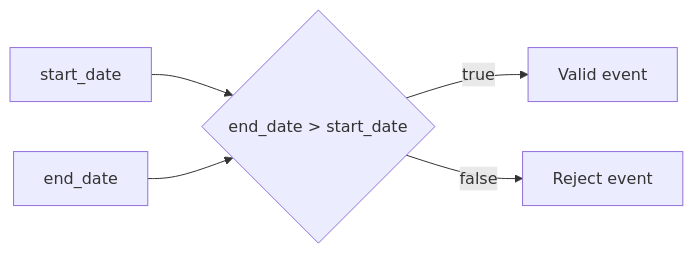
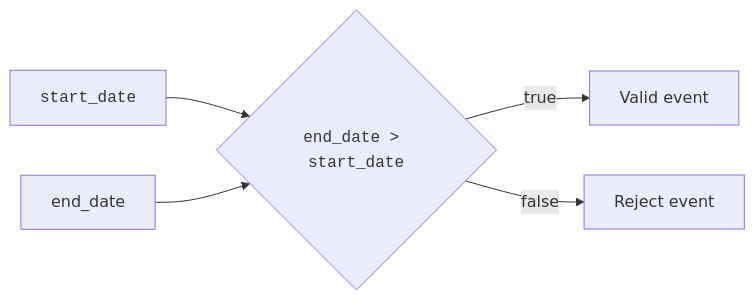
Before and after one commit to dataslope/dataslope: the third of 5 diagrams in content/learn/database-design-postgresql/check-constraints.mdx, drawn with Mermaid. The commit also changed 153 other files, not shown here.

First line of the commit message:
Render code-only mermaid shapes in monospace; convert step sequences to Steps

````diff
--- a/content/learn/database-design-postgresql/check-constraints.mdx
+++ b/content/learn/database-design-postgresql/check-constraints.mdx
@@ -100,7 +100,7 @@
 ```mermaid
 flowchart LR
-    Start["start_date"] --> Rule{"end_date > start_date"}
+    Start["<code>start_date</code>"] --> Rule{"<code>end_date &gt; start_date</code>"}
     End["end_date"] --> Rule
     Rule -->|true| Valid["Valid event"]
     Rule -->|false| Invalid["Reject event"]
 ```
````
